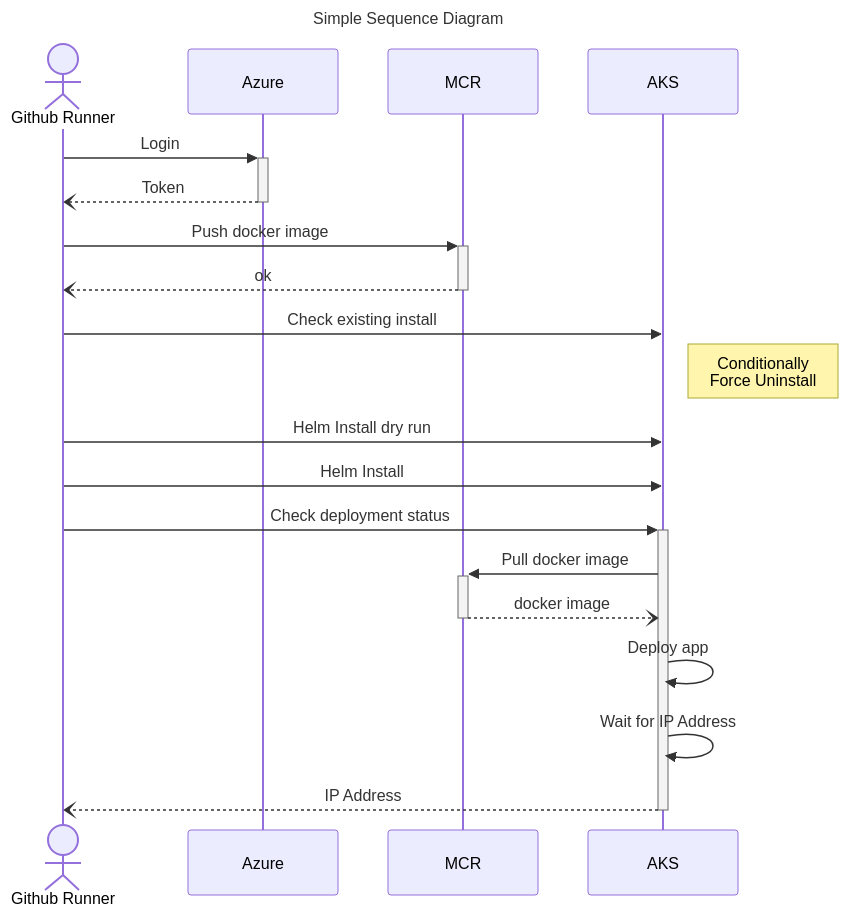
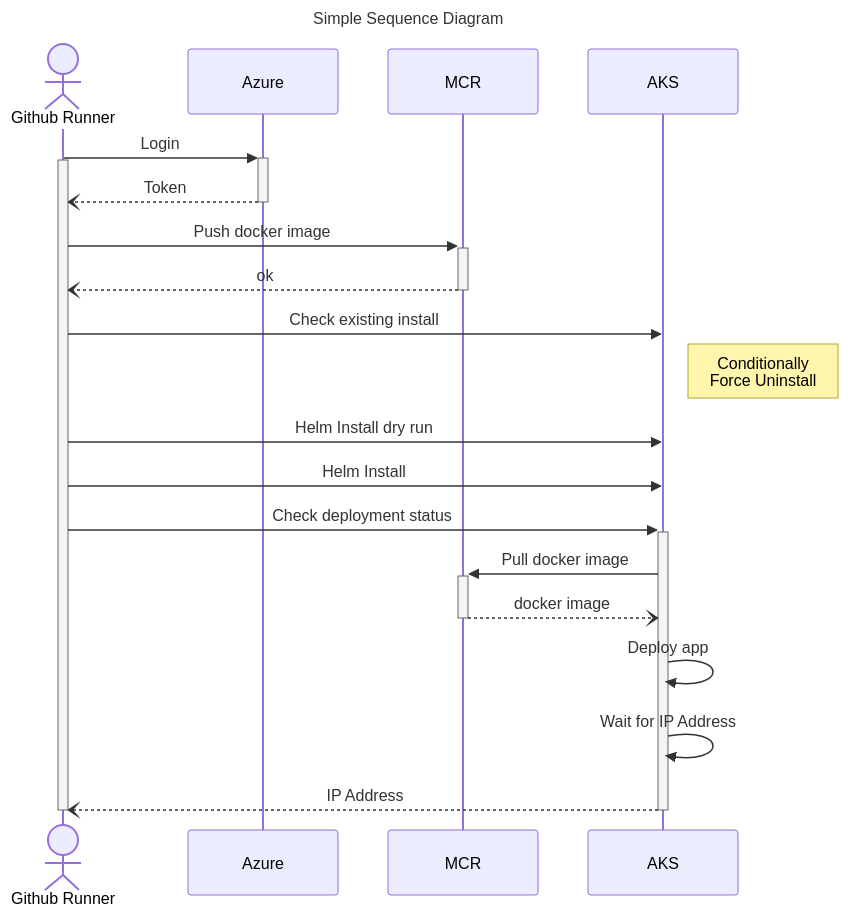
The diagram in outputs/sequence_diagram.mmd (cuongnb14/mermaid-builder), drawn with Mermaid before and after one commit. The commit also changed 2 other files, not shown here.

```diff
--- a/outputs/sequence_diagram.mmd
+++ b/outputs/sequence_diagram.mmd
@@ -1,23 +1,25 @@
 ---
 title: Simple Sequence Diagram
 ---
 %%{init: {"theme": "light", "themeVariables": {"fontFamily": "Monospace"}}}%%
 sequenceDiagram
   actor Github Runner
   participant Azure
   participant MCR
   participant AKS
   Github Runner->>+Azure:Login
+  activate Github Runner
   Azure--)-Github Runner:Token
   Github Runner->>+MCR:Push docker image
   MCR--)-Github Runner:ok
   Github Runner->>AKS:Check existing install
   Note right of AKS: Conditionally<br/>Force Uninstall
   Github Runner->>AKS:Helm Install dry run
   Github Runner->>AKS:Helm Install
   Github Runner->>+AKS:Check deployment status
   AKS->>+MCR:Pull docker image
   MCR--)-AKS:docker image
   AKS->>AKS:Deploy app
   AKS->>AKS:Wait for IP Address
   AKS--)-Github Runner:IP Address
+  deactivate Github Runner
```
